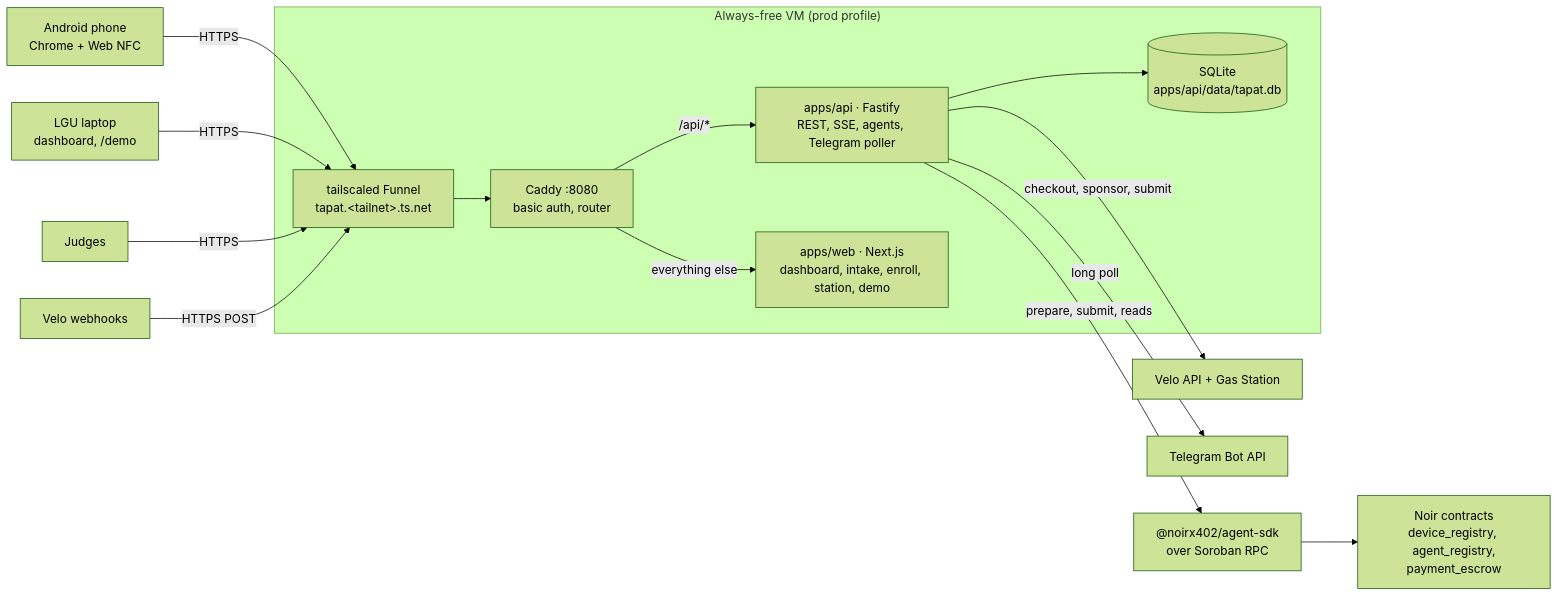
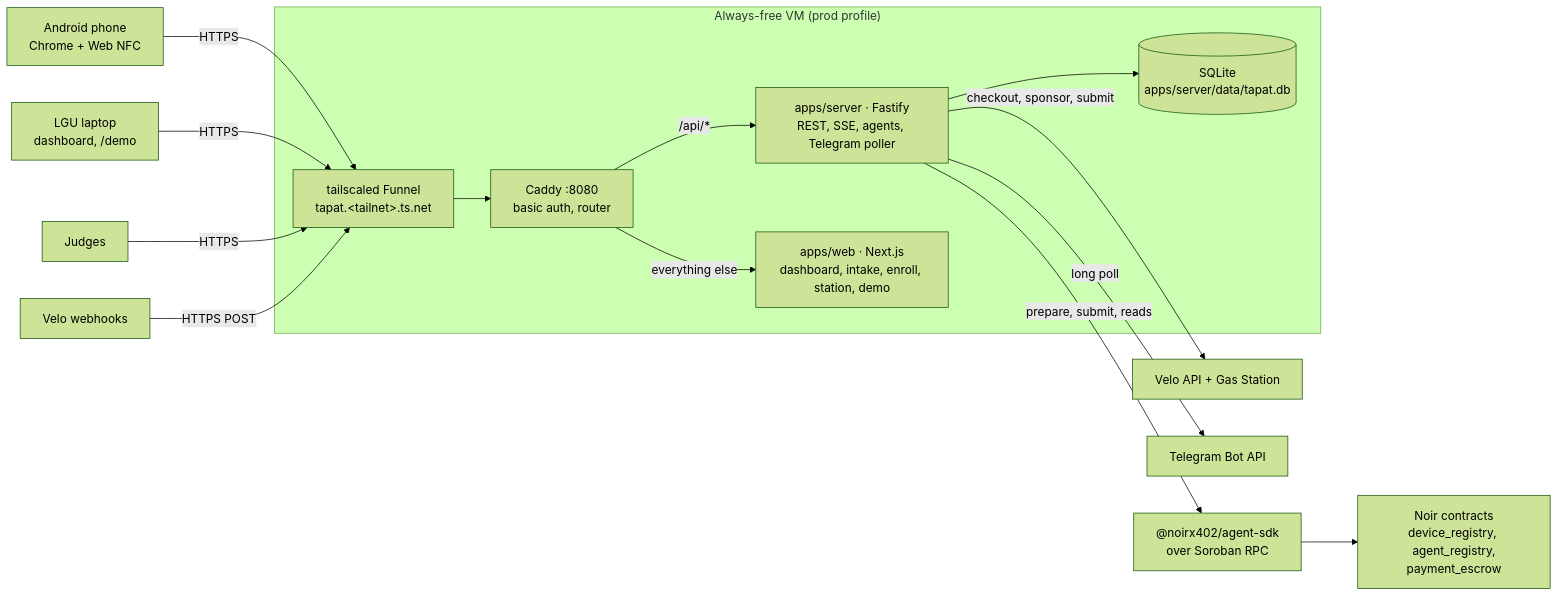
The diagram in README.md (Jimuelle07/TAPat), drawn with Mermaid (forest theme) before and after one commit. The commit also changed other lines of this file and 53 other files, not shown here.

Commit message:
refactor: handbook monorepo layout (apps/server, packages/agent, root .env.example)

````diff
--- a/README.md
+++ b/README.md
@@ -50,19 +50,19 @@
 ```mermaid
 flowchart LR
     Phone["Android phone<br/>Chrome + Web NFC"] -->|HTTPS| Funnel
     Laptop["LGU laptop<br/>dashboard, /demo"] -->|HTTPS| Funnel
     Judges["Judges"] -->|HTTPS| Funnel
     Velo["Velo webhooks"] -->|HTTPS POST| Funnel
 
     subgraph VM["Always-free VM (prod profile)"]
         Funnel["tailscaled Funnel<br/>tapat.&lt;tailnet&gt;.ts.net"] --> Caddy["Caddy :8080<br/>basic auth, router"]
-        Caddy -->|"/api/*"| API["apps/api · Fastify<br/>REST, SSE, agents, Telegram poller"]
+        Caddy -->|"/api/*"| API["apps/server · Fastify<br/>REST, SSE, agents, Telegram poller"]
         Caddy -->|"everything else"| Web["apps/web · Next.js<br/>dashboard, intake, enroll, station, demo"]
-        API --> DB[("SQLite<br/>apps/api/data/tapat.db")]
+        API --> DB[("SQLite<br/>apps/server/data/tapat.db")]
     end
 
     API -->|"prepare, submit, reads"| SDK["@noirx402/agent-sdk<br/>over Soroban RPC"]
     SDK --> Noir["Noir contracts<br/>device_registry, agent_registry,<br/>payment_escrow"]
     API -->|"checkout, sponsor, submit"| VeloAPI["Velo API + Gas Station"]
     API -->|"long poll"| TG["Telegram Bot API"]
 ```
````
